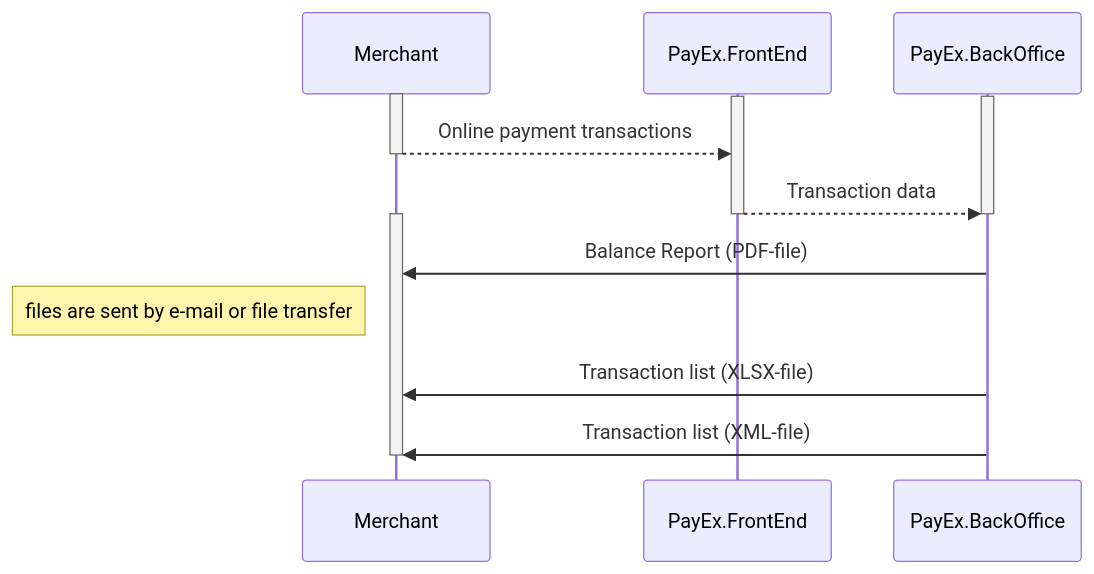
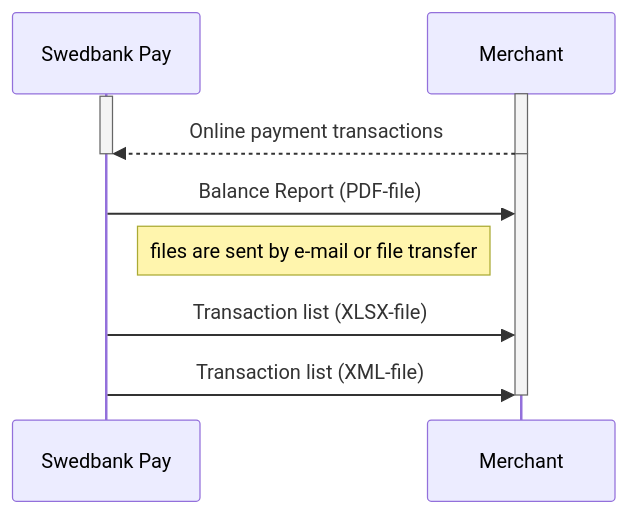
One commit to SwedbankPay/developer.swedbankpay.com changed the diagram in _includes/settlement-reconciliation.md. Above: the diagram before and after it, drawn with Mermaid.

Commit message:
Updated mermaid in settlement-reconciliation include after feedback

````diff
--- a/_includes/settlement-reconciliation.md
+++ b/_includes/settlement-reconciliation.md
@@ -128,20 +128,19 @@
 ```mermaid
 sequenceDiagram
+    participant SwedbankPay as Swedbank Pay
+
     activate Merchant
-    activate PayEx.FrontEnd
-    activate PayEx.BackOffice
-    Merchant-->>PayEx.FrontEnd: Online payment transactions
+    activate SwedbankPay
+    Merchant-->>SwedbankPay: Online payment transactions
     deactivate Merchant
 
-    PayEx.FrontEnd-->>PayEx.BackOffice: Transaction data
-    deactivate PayEx.FrontEnd
-    deactivate PayEx.BackOffice
+    deactivate SwedbankPay
 
     activate Merchant
 
-    PayEx.BackOffice->>Merchant: Balance Report (PDF-file)
+    SwedbankPay->>Merchant: Balance Report (PDF-file)
     note left of Merchant: files are sent by e-mail or file transfer
-    PayEx.BackOffice->>Merchant: Transaction list (XLSX-file)
-    PayEx.BackOffice->>Merchant: Transaction list (XML-file)
-deactivate Merchant
+    SwedbankPay->>Merchant: Transaction list (XLSX-file)
+    SwedbankPay->>Merchant: Transaction list (XML-file)
+    deactivate Merchant
 ```
````
